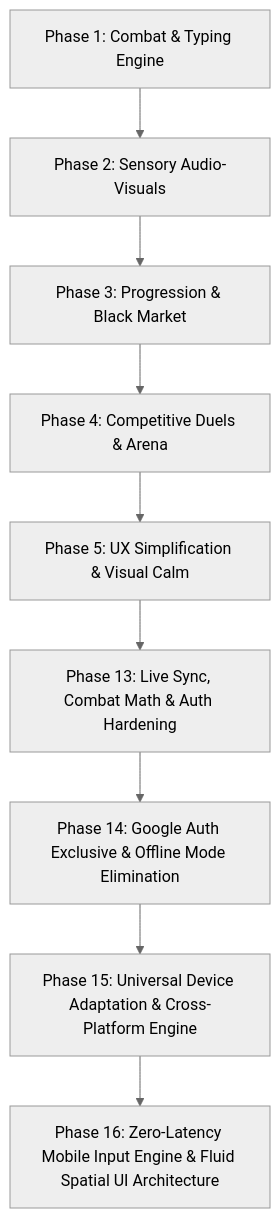
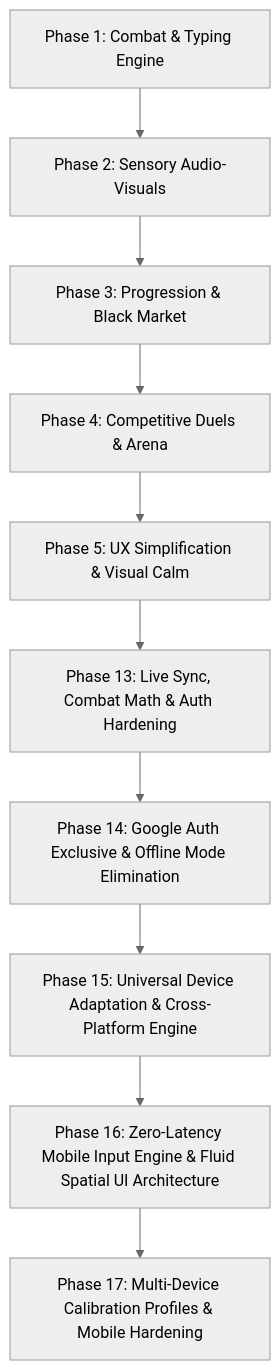
The diagram in .gsd/ROADMAP.md (NathanP278/speedtype), drawn with Mermaid (neutral theme) before and after one commit. The commit also changed other lines of this file and 4 other files, not shown here.

Commit message:
docs(plan): author Phase 17 multi-device calibration and mobile hardening plans

````diff
--- a/.gsd/ROADMAP.md
+++ b/.gsd/ROADMAP.md
@@ -60,11 +65,12 @@
 ```mermaid
 flowchart TD
     P1["Phase 1: Combat & Typing Engine"] --> P2["Phase 2: Sensory Audio-Visuals"]
     P2 --> P3["Phase 3: Progression & Black Market"]
     P3 --> P4["Phase 4: Competitive Duels & Arena"]
     P4 --> P5["Phase 5: UX Simplification & Visual Calm"]
     P5 --> P13["Phase 13: Live Sync, Combat Math & Auth Hardening"]
     P13 --> P14["Phase 14: Google Auth Exclusive & Offline Mode Elimination"]
     P14 --> P15["Phase 15: Universal Device Adaptation & Cross-Platform Engine"]
     P15 --> P16["Phase 16: Zero-Latency Mobile Input Engine & Fluid Spatial UI Architecture"]
+    P16 --> P17["Phase 17: Multi-Device Calibration Profiles & Mobile Hardening"]
 ```
````
